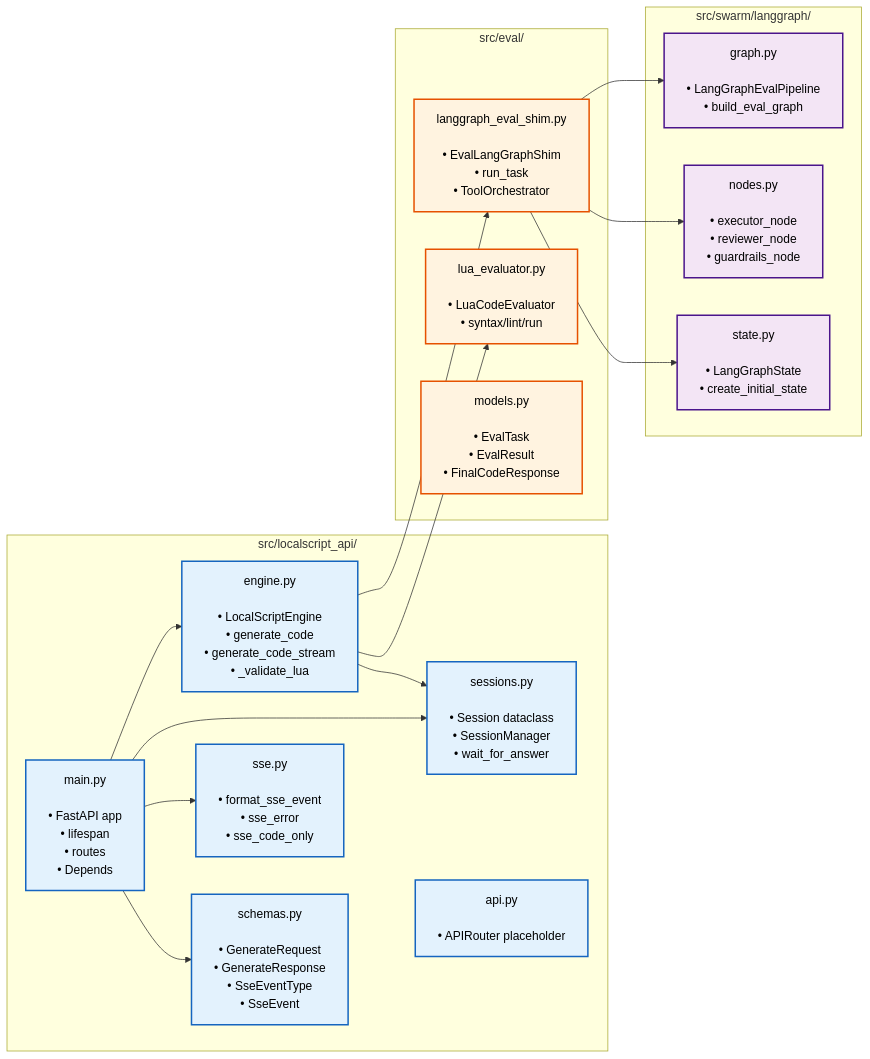
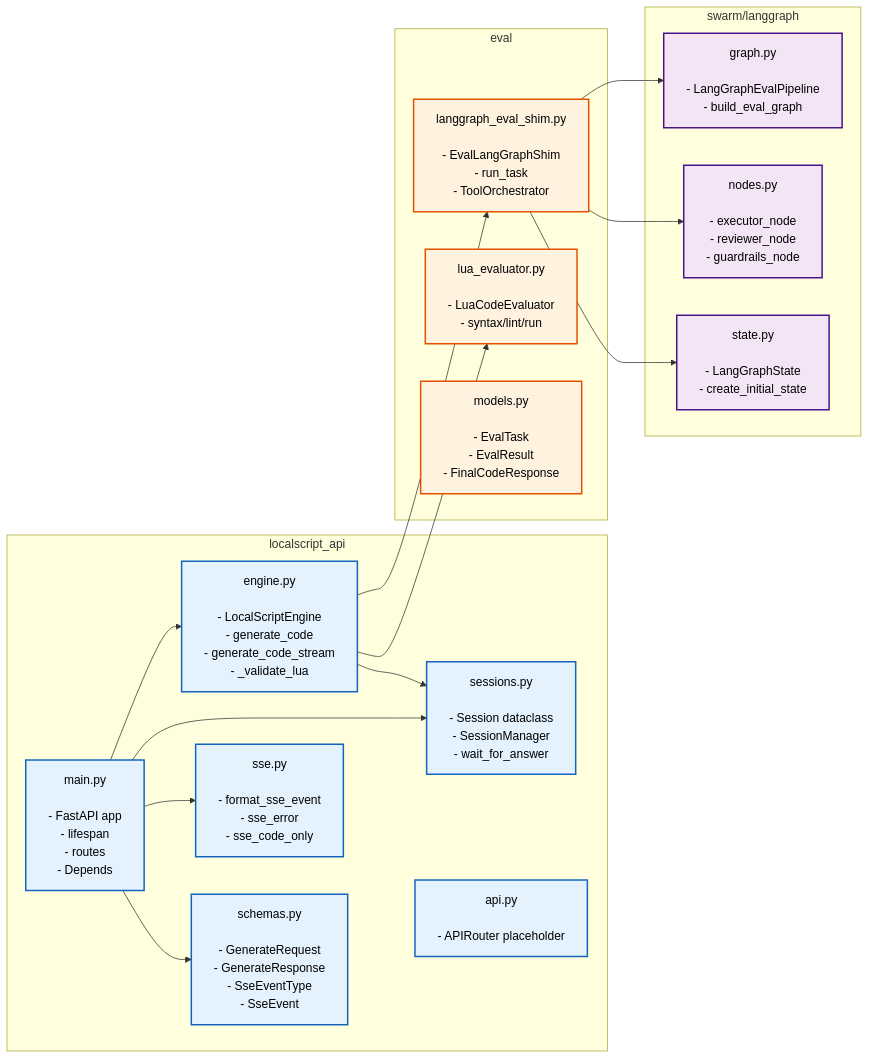
One commit to Watashicuvu/bio-complexity changed the sixth of 6 diagrams in mermaid.md. Above: the diagram before and after it, drawn with Mermaid. The commit also changed other lines of this file, not shown here.

````diff
--- a/mermaid.md
+++ b/mermaid.md
@@ -207,44 +207,44 @@
 ```mermaid
 graph LR
-    subgraph "src/localscript_api/"
-        main["main.py\n\n• FastAPI app\n• lifespan\n• routes\n• Depends"]
-        engine["engine.py\n\n• LocalScriptEngine\n• generate_code\n• generate_code_stream\n• _validate_lua"]
-        sessions["sessions.py\n\n• Session dataclass\n• SessionManager\n• wait_for_answer"]
-        sse["sse.py\n\n• format_sse_event\n• sse_error\n• sse_code_only"]
-        schemas["schemas.py\n\n• GenerateRequest\n• GenerateResponse\n• SseEventType\n• SseEvent"]
-        api["api.py\n\n• APIRouter placeholder"]
+    subgraph "localscript_api"
+        main["main.py\n\n- FastAPI app\n- lifespan\n- routes\n- Depends"]
+        engine["engine.py\n\n- LocalScriptEngine\n- generate_code\n- generate_code_stream\n- _validate_lua"]
+        sessions["sessions.py\n\n- Session dataclass\n- SessionManager\n- wait_for_answer"]
+        sse["sse.py\n\n- format_sse_event\n- sse_error\n- sse_code_only"]
+        schemas["schemas.py\n\n- GenerateRequest\n- GenerateResponse\n- SseEventType\n- SseEvent"]
+        api["api.py\n\n- APIRouter placeholder"]
     end
 
-    subgraph "src/eval/"
-        shim["langgraph_eval_shim.py\n\n• EvalLangGraphShim\n• run_task\n• ToolOrchestrator"]
-        lua_eval["lua_evaluator.py\n\n• LuaCodeEvaluator\n• syntax/lint/run"]
-        models["models.py\n\n• EvalTask\n• EvalResult\n• FinalCodeResponse"]
+    subgraph "eval"
+        shim["langgraph_eval_shim.py\n\n- EvalLangGraphShim\n- run_task\n- ToolOrchestrator"]
+        lua_eval["lua_evaluator.py\n\n- LuaCodeEvaluator\n- syntax/lint/run"]
+        models["models.py\n\n- EvalTask\n- EvalResult\n- FinalCodeResponse"]
     end
 
-    subgraph "src/swarm/langgraph/"
-        graph_mod["graph.py\n\n• LangGraphEvalPipeline\n• build_eval_graph"]
-        nodes["nodes.py\n\n• executor_node\n• reviewer_node\n• guardrails_node"]
-        state["state.py\n\n• LangGraphState\n• create_initial_state"]
+    subgraph "swarm/langgraph"
+        graph_mod["graph.py\n\n- LangGraphEvalPipeline\n- build_eval_graph"]
+        nodes["nodes.py\n\n- executor_node\n- reviewer_node\n- guardrails_node"]
+        state["state.py\n\n- LangGraphState\n- create_initial_state"]
     end
 
     main --> engine
     main --> sessions
     main --> sse
     main --> schemas
 
     engine --> shim
     engine --> lua_eval
     engine --> sessions
 
     shim --> graph_mod
     shim --> nodes
     shim --> state
 
     classDef api_mod fill:#e3f2fd,stroke:#1565c0,stroke-width:2px,color:#000
     classDef eval_mod fill:#fff3e0,stroke:#e65100,stroke-width:2px,color:#000
     classDef swarm_mod fill:#f3e5f5,stroke:#4a148c,stroke-width:2px,color:#000
 
     class main,engine,sessions,sse,schemas,api api_mod
     class shim,lua_eval,models eval_mod
     class graph_mod,nodes,state swarm_mod
 ```
````
